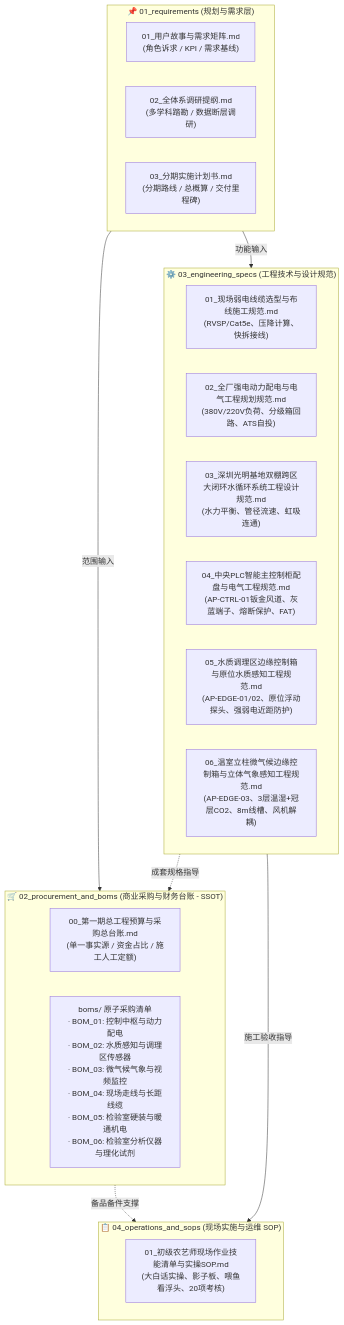
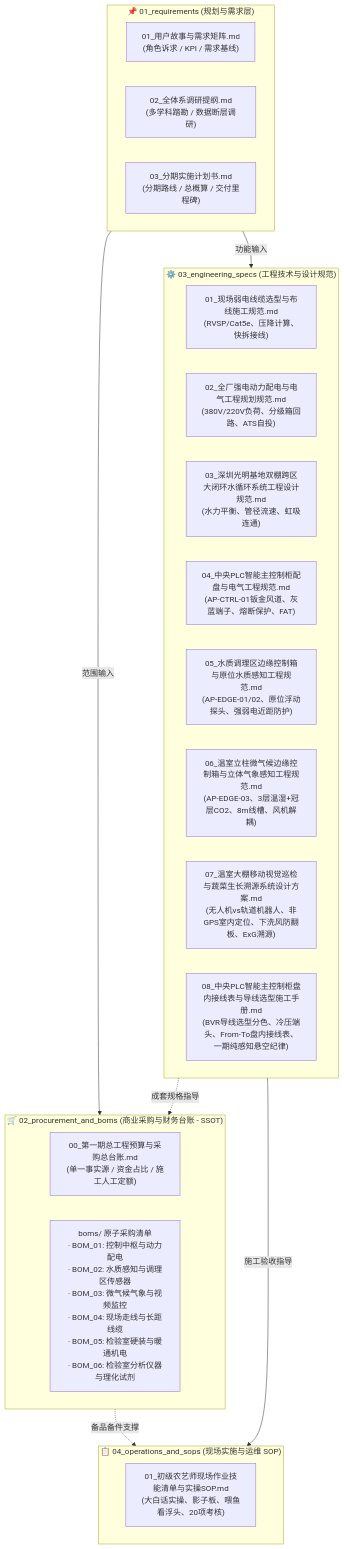
The diagram in docs/02_requirements_and_plans/README.md (digitalboy/aquaponics), drawn with Mermaid before and after one commit. The commit also changed other lines of this file and 6 other files, not shown here.

````diff
--- a/docs/02_requirements_and_plans/README.md
+++ b/docs/02_requirements_and_plans/README.md
@@ -13,32 +13,34 @@
 ```mermaid
 graph TD
     subgraph L1 ["📌 01_requirements (规划与需求层)"]
         Req1["01_用户故事与需求矩阵.md<br>(角色诉求 / KPI / 需求基线)"]
         Req2["02_全体系调研提纲.md<br>(多学科踏勘 / 数据断层调研)"]
         Req3["03_分期实施计划书.md<br>(分期路线 / 总概算 / 交付里程碑)"]
     end
 
     subgraph L2 ["🛒 02_procurement_and_boms (商业采购与财务台账 - SSOT)"]
         Ledger["00_第一期总工程预算与采购总台账.md<br>(单一事实源 / 资金占比 / 施工人工定额)"]
         BOMs["boms/ 原子采购清单<br>· BOM_01: 控制中枢与动力配电<br>· BOM_02: 水质感知与调理区传感器<br>· BOM_03: 微气候气象与视频监控<br>· BOM_04: 现场走线与长距线缆<br>· BOM_05: 检验室硬装与暖通机电<br>· BOM_06: 检验室分析仪器与理化试剂"]
     end
 
     subgraph L3 ["⚙️ 03_engineering_specs (工程技术与设计规范)"]
         Spec1["01_现场弱电线缆选型与布线施工规范.md<br>(RVSP/Cat5e、压降计算、快拆接线)"]
         Spec2["02_全厂强电动力配电与电气工程规划规范.md<br>(380V/220V负荷、分级箱回路、ATS自投)"]
         Spec3["03_深圳光明基地双棚跨区大闭环水循环系统工程设计规范.md<br>(水力平衡、管径流速、虹吸连通)"]
         Spec4["04_中央PLC智能主控制柜配盘与电气工程规范.md<br>(AP-CTRL-01钣金风道、灰蓝端子、熔断保护、FAT)"]
         Spec5["05_水质调理区边缘控制箱与原位水质感知工程规范.md<br>(AP-EDGE-01/02、原位浮动探头、强弱电近距防护)"]
         Spec6["06_温室立柱微气候边缘控制箱与立体气象感知工程规范.md<br>(AP-EDGE-03、3层温湿+冠层CO2、8m线槽、风机解耦)"]
+        Spec7["07_温室大棚移动视觉巡检与蔬菜生长溯源系统设计方案.md<br>(无人机vs轨道机器人、非GPS室内定位、下洗风防翻板、ExG溯源)"]
+        Spec8["08_中央PLC智能主控制柜盘内接线表与导线选型施工手册.md<br>(BVR导线选型分色、冷压端头、From-To盘内接线表、一期纯感知悬空纪律)"]
     end
 
     subgraph L4 ["📋 04_operations_and_sops (现场实施与运维 SOP)"]
         SOP1["01_初级农艺师现场作业技能清单与实操SOP.md<br>(大白话实操、影子板、喂鱼看浮头、20项考核)"]
     end
 
     L1 -->|范围输入| L2
     L1 -->|功能输入| L3
     L3 -.->|成套规格指导| L2
     L3 -->|施工验收指导| L4
     L2 -.->|备品备件支撑| L4
 ```
````
